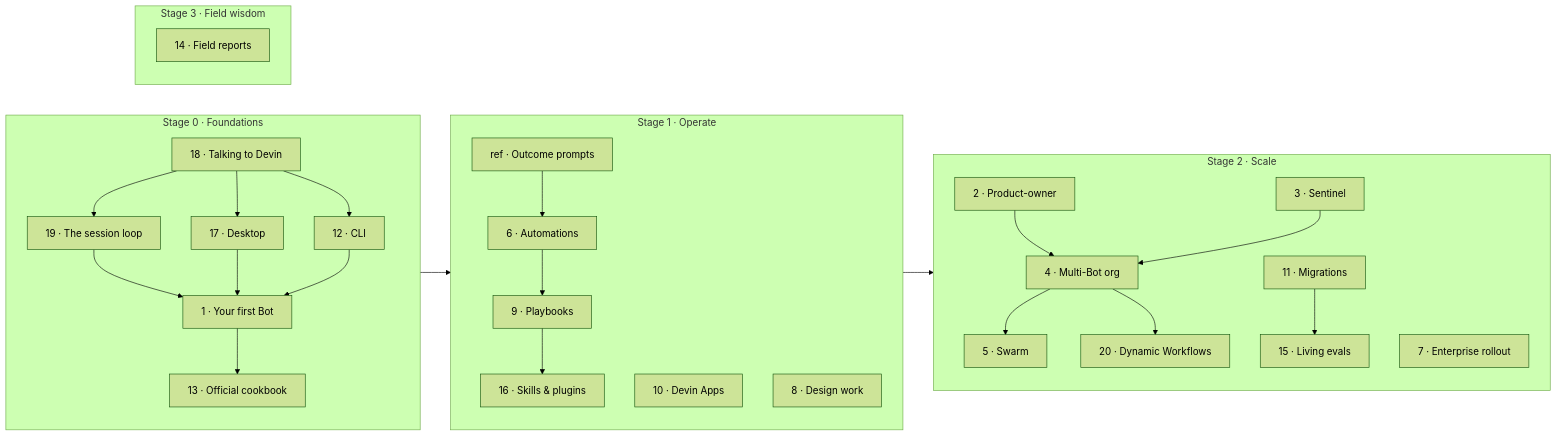
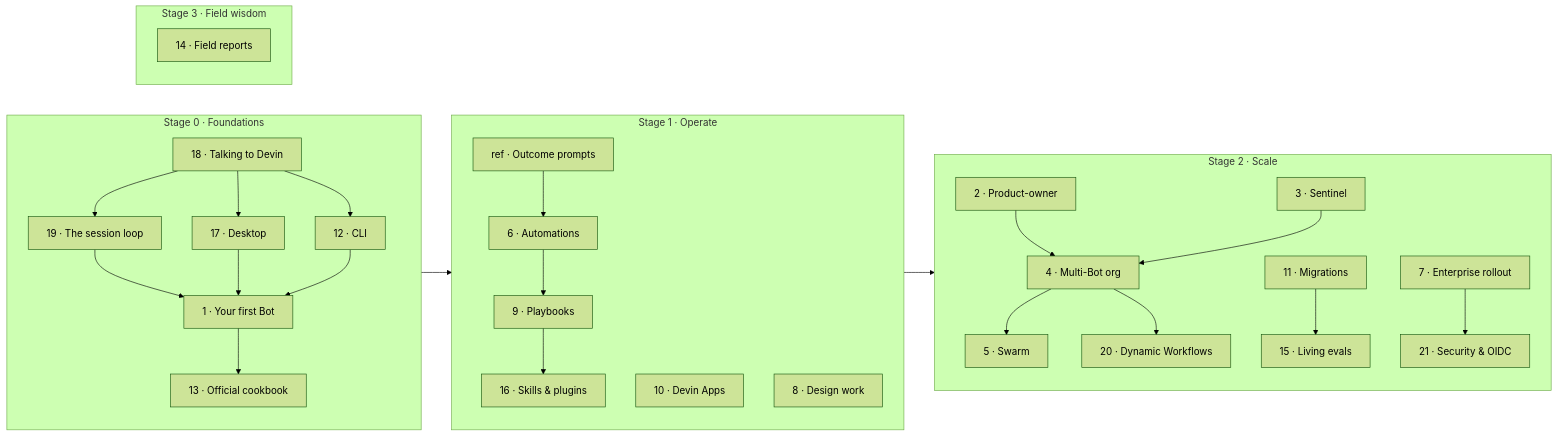
One commit to Till3005/build-with-devin changed the diagram in README.md. Above: the diagram before and after it, drawn with Mermaid (forest theme). The commit also changed other lines of this file and 7 other files, not shown here.

Commit message:
Add Security Profiles and Cloud OIDC guide

````diff
--- a/README.md
+++ b/README.md
@@ -35,31 +35,32 @@
 ```mermaid
 flowchart LR
     subgraph S0["Stage 0 · Foundations"]
       G18["18 · Talking to Devin"] --> G17["17 · Desktop"]
       G18 --> G12["12 · CLI"]
       G18 --> G19["19 · The session loop"]
       G19 --> G1
       G17 --> G1["1 · Your first Bot"]
       G12 --> G1
       G1 --> G13["13 · Official cookbook"]
     end
     subgraph S1["Stage 1 · Operate"]
       GP["ref · Outcome prompts"] --> G6["6 · Automations"]
       G6 --> G9["9 · Playbooks"]
       G9 --> G16["16 · Skills & plugins"]
       G10["10 · Devin Apps"]
       G8["8 · Design work"]
     end
     subgraph S2["Stage 2 · Scale"]
       G2["2 · Product-owner"] --> G4["4 · Multi-Bot org"]
       G3["3 · Sentinel"] --> G4
       G4 --> G5["5 · Swarm"]
       G11["11 · Migrations"] --> G15["15 · Living evals"]
       G7["7 · Enterprise rollout"]
       G4 --> G20["20 · Dynamic Workflows"]
+      G7 --> G21["21 · Security & OIDC"]
     end
     subgraph S3["Stage 3 · Field wisdom"]
       G14["14 · Field reports"]
     end
     S0 --> S1 --> S2
 ```
````
